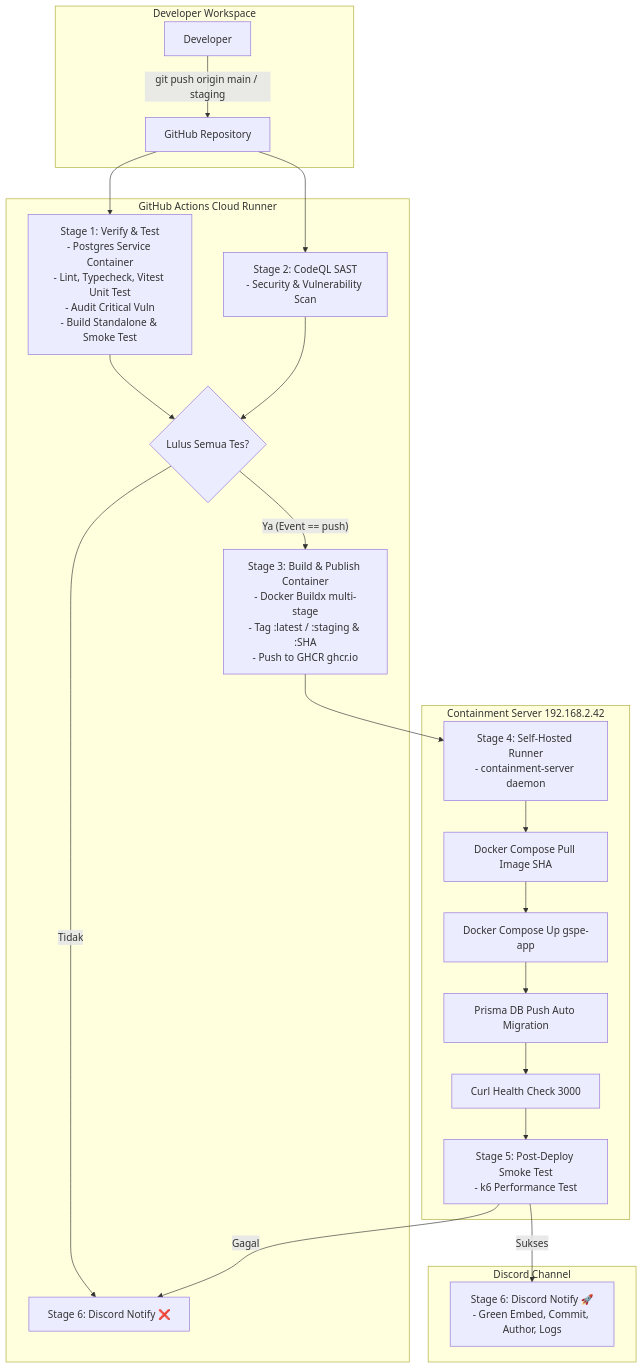
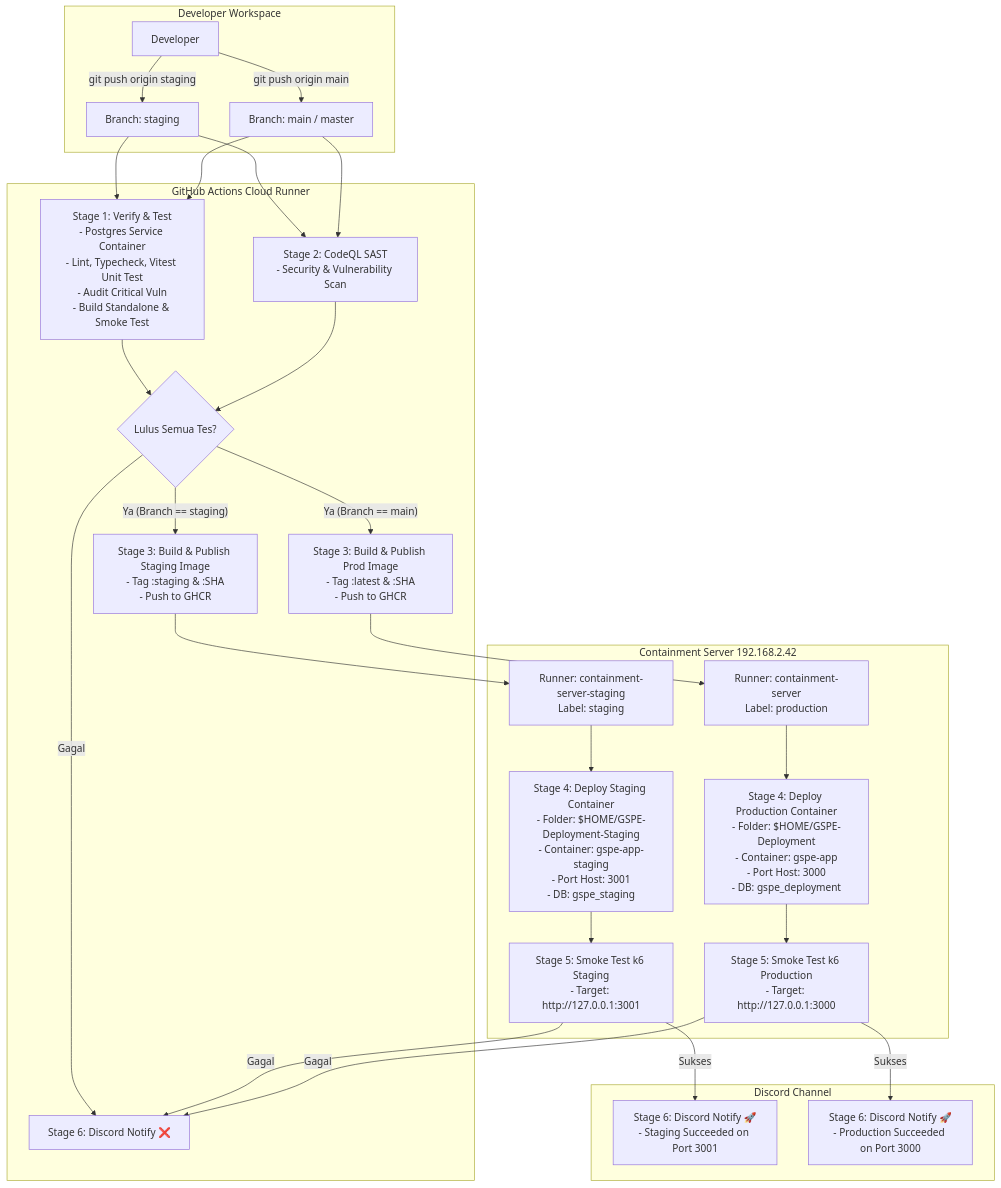
Before and after one commit to AlfiMaulanaA/GSPE-Deployment: the diagram in DOKUMENTASI_CICD_DAN_DOCKER.md, drawn with Mermaid. The commit also changed other lines of this file and 1 other file, not shown here.

Commit message:
docs: update CI/CD documentation and add folder-specific lint scripts

````diff
--- a/DOKUMENTASI_CICD_DAN_DOCKER.md
+++ b/DOKUMENTASI_CICD_DAN_DOCKER.md
@@ -9,32 +9,39 @@
 ```mermaid
 flowchart TD
     subgraph Local [Developer Workspace]
-        Dev[Developer] -->|git push origin main / staging| GitHub[GitHub Repository]
+        Dev[Developer] -->|git push origin staging| Branch_Staging[Branch: staging]
+        Dev -->|git push origin main| Branch_Main[Branch: main / master]
     end
 
     subgraph GitHub_Actions [GitHub Actions Cloud Runner]
-        GitHub --> CI_Verify[Stage 1: Verify & Test\n- Postgres Service Container\n- Lint, Typecheck, Vitest Unit Test\n- Audit Critical Vuln\n- Build Standalone & Smoke Test]
-        GitHub --> CI_Security[Stage 2: CodeQL SAST\n- Security & Vulnerability Scan]
+        Branch_Staging --> CI_Verify[Stage 1: Verify & Test\n- Postgres Service Container\n- Lint, Typecheck, Vitest Unit Test\n- Audit Critical Vuln\n- Build Standalone & Smoke Test]
+        Branch_Main --> CI_Verify
+
+        Branch_Staging --> CI_Security[Stage 2: CodeQL SAST\n- Security & Vulnerability Scan]
+        Branch_Main --> CI_Security
 
         CI_Verify --> Gate{Lulus Semua Tes?}
         CI_Security --> Gate
 
-        Gate -- Ya (Event == push) --> Build_Push[Stage 3: Build & Publish Container\n- Docker Buildx multi-stage\n- Tag :latest / :staging & :SHA\n- Push to GHCR ghcr.io]
-        Gate -- Tidak --> Notify_Fail[Stage 6: Discord Notify ❌]
+        Gate -- Ya (Branch == staging) --> Build_Staging[Stage 3: Build & Publish Staging Image\n- Tag :staging & :SHA\n- Push to GHCR]
+        Gate -- Ya (Branch == main) --> Build_Prod[Stage 3: Build & Publish Prod Image\n- Tag :latest & :SHA\n- Push to GHCR]
+        Gate -- Gagal --> Notify_Fail[Stage 6: Discord Notify ❌]
     end
 
     subgraph Server [Containment Server 192.168.2.42]
-        Build_Push --> Runner[Stage 4: Self-Hosted Runner\n- containment-server daemon]
-        Runner --> Pull_Image[Docker Compose Pull Image SHA]
-        Pull_Image --> Up_Container[Docker Compose Up gspe-app]
-        Up_Container --> DB_Migrate[Prisma DB Push Auto Migration]
-        DB_Migrate --> Health_Check[Curl Health Check 3000]
+        Build_Staging --> Runner_Staging[Runner: containment-server-staging\nLabel: staging]
+        Runner_Staging --> Deploy_Staging[Stage 4: Deploy Staging Container\n- Folder: $HOME/GSPE-Deployment-Staging\n- Container: gspe-app-staging\n- Port Host: 3001\n- DB: gspe_staging]
+        Deploy_Staging --> Smoke_Staging[Stage 5: Smoke Test k6 Staging\n- Target: http://127.0.0.1:3001]
 
-        Health_Check --> Post_Smoke[Stage 5: Post-Deploy Smoke Test\n- k6 Performance Test]
+        Build_Prod --> Runner_Prod[Runner: containment-server\nLabel: production]
+        Runner_Prod --> Deploy_Prod[Stage 4: Deploy Production Container\n- Folder: $HOME/GSPE-Deployment\n- Container: gspe-app\n- Port Host: 3000\n- DB: gspe_deployment]
+        Deploy_Prod --> Smoke_Prod[Stage 5: Smoke Test k6 Production\n- Target: http://127.0.0.1:3000]
     end
 
     subgraph Notification [Discord Channel]
-        Post_Smoke -- Sukses --> Notify_Success[Stage 6: Discord Notify 🚀\n- Green Embed, Commit, Author, Logs]
-        Post_Smoke -- Gagal --> Notify_Fail
+        Smoke_Staging -- Sukses --> Notify_Staging[Stage 6: Discord Notify 🚀\n- Staging Succeeded on Port 3001]
+        Smoke_Prod -- Sukses --> Notify_Prod[Stage 6: Discord Notify 🚀\n- Production Succeeded on Port 3000]
+        Smoke_Staging -- Gagal --> Notify_Fail
+        Smoke_Prod -- Gagal --> Notify_Fail
     end
 ```
````
